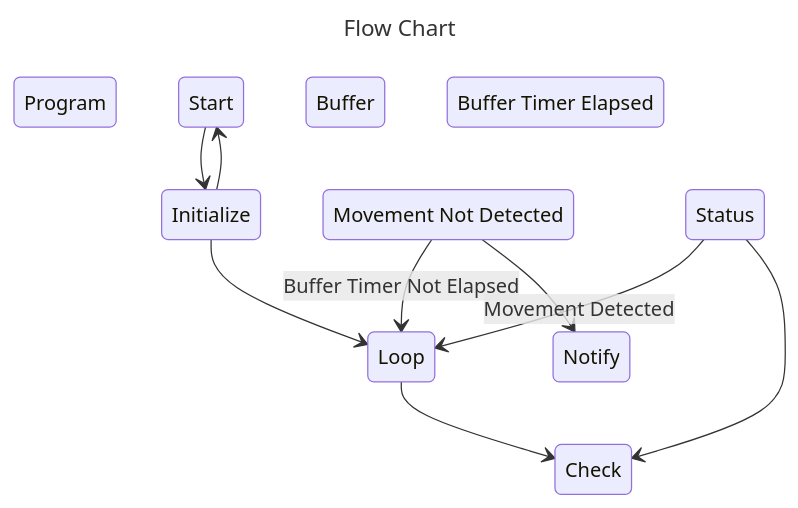
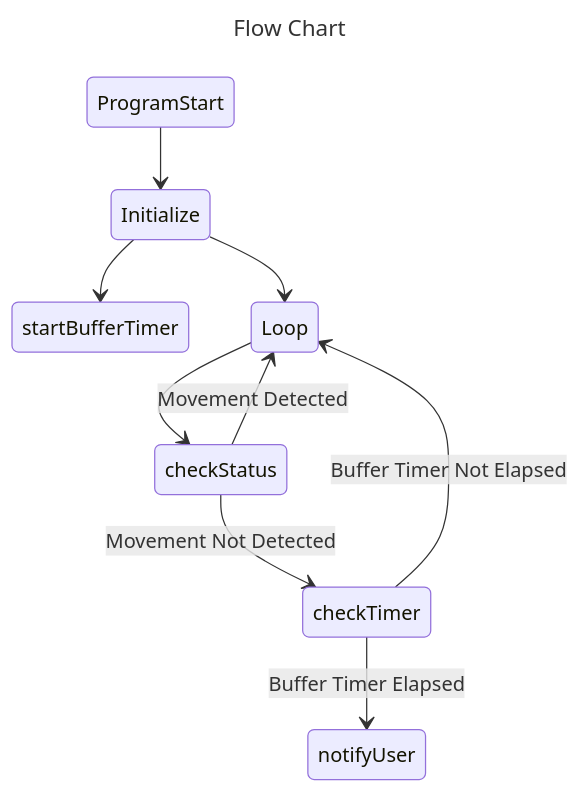
Before and after one commit to bczuniga/CS530-Laundry-Timer: the second of 2 diagrams in UML Diagram.md, drawn with Mermaid.

Commit message:
Update UML Diagram.md

````diff
--- a/UML Diagram.md
+++ b/UML Diagram.md
@@ -43,16 +43,16 @@
 ```mermaid
 ---
 title: Flow Chart
 ---
 stateDiagram-v2
-    Program Start --> Initialize
-    Initialize --> Start Buffer Timer
+    ProgramStart --> Initialize
+    Initialize --> startBufferTimer
     Initialize --> Loop
-    Loop --> Check Status
-    Check Status --> Loop : Movement Detected
-    Check Status --> Check Timer : Movement Not Detected
+    Loop --> checkStatus
+    checkStatus --> Loop : Movement Detected
+    checkStatus --> checkTimer : Movement Not Detected
     
-    Check Timer --> Loop : Buffer Timer Not Elapsed
-    Check Timer --> Notify User : Buffer Timer Elapsed
+    checkTimer --> Loop : Buffer Timer Not Elapsed
+    checkTimer --> notifyUser : Buffer Timer Elapsed
     
 ```
````
